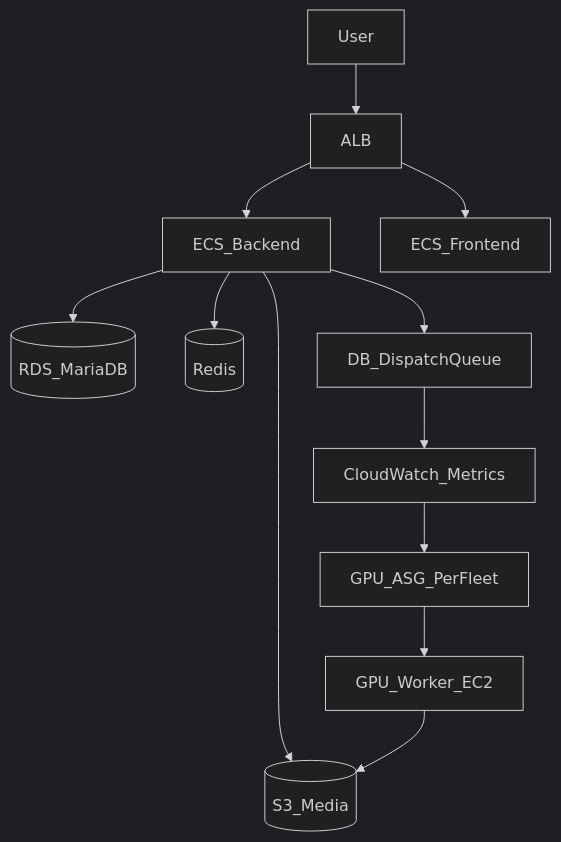
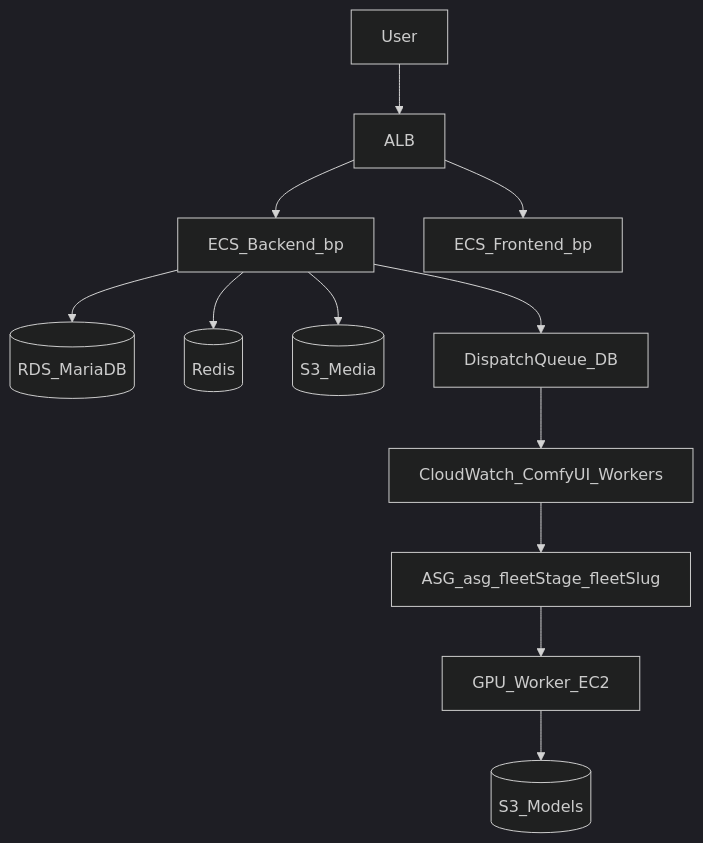
One commit to maximkartsev/AI-Product-Manager changed the diagram in infrastructure/DAY1_OPERATOR.md. Above: the diagram before and after it, drawn with Mermaid (dark theme). The commit also changed other lines of this file and 3 other files, not shown here.

````diff
--- a/infrastructure/DAY1_OPERATOR.md
+++ b/infrastructure/DAY1_OPERATOR.md
@@ -28,16 +42,16 @@
 ```mermaid
 flowchart TD
   user[User] --> alb[ALB]
-  alb --> backend[ECS_Backend]
-  alb --> frontend[ECS_Frontend]
+  alb --> backend[ECS_Backend_bp]
+  alb --> frontend[ECS_Frontend_bp]
 
   backend --> rds[(RDS_MariaDB)]
   backend --> redis[(Redis)]
-  backend --> s3[(S3_Media)]
+  backend --> s3media[(S3_Media)]
 
-  backend --> dispatch[DB_DispatchQueue]
-  dispatch --> metrics[CloudWatch_Metrics]
-  metrics --> asg[GPU_ASG_PerFleet]
+  backend --> dispatch[DispatchQueue_DB]
+  dispatch --> metrics[CloudWatch_ComfyUI_Workers]
+  metrics --> asg[ASG_asg_fleetStage_fleetSlug]
   asg --> worker[GPU_Worker_EC2]
-  worker --> s3
+  worker --> s3models[(S3_Models)]
 ```
````
